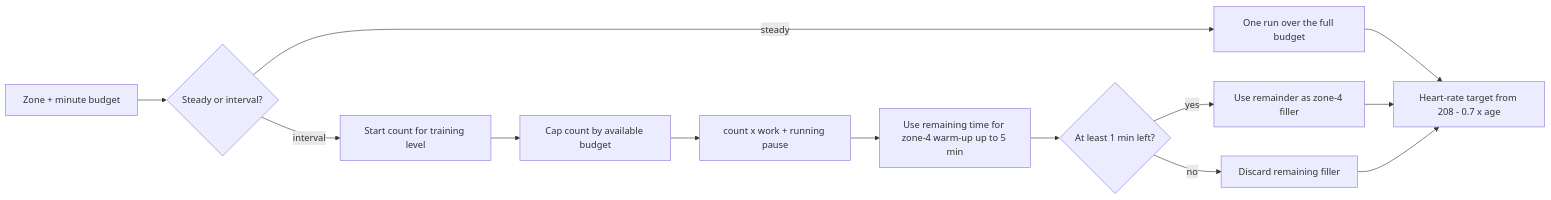
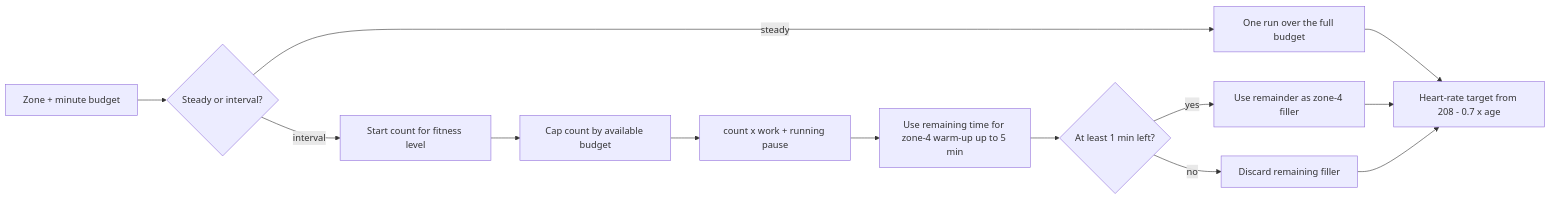
Before and after one commit to digital-athletic/sports-athletic: the diagram in athlete-mobile/docs/specs/session/cardio-training-system.md, drawn with Mermaid. The commit also changed other lines of this file and 8 other files, not shown here.

Commit message:
call the athlete's level fitness level

````diff
--- a/athlete-mobile/docs/specs/session/cardio-training-system.md
+++ b/athlete-mobile/docs/specs/session/cardio-training-system.md
@@ -184,15 +184,15 @@
 ```mermaid
 flowchart LR
     A[Zone + minute budget] --> B{Steady or interval?}
     B -- steady --> C[One run over the full budget]
-    B -- interval --> D[Start count for training level]
+    B -- interval --> D[Start count for fitness level]
     D --> E[Cap count by available budget]
     E --> F[count x work + running pause]
     F --> G[Use remaining time for zone-4 warm-up up to 5 min]
     G --> H{At least 1 min left?}
     H -- yes --> I[Use remainder as zone-4 filler]
     H -- no --> J[Discard remaining filler]
     C --> K[Heart-rate target from 208 - 0.7 x age]
     I --> K
     J --> K
 ```
````
